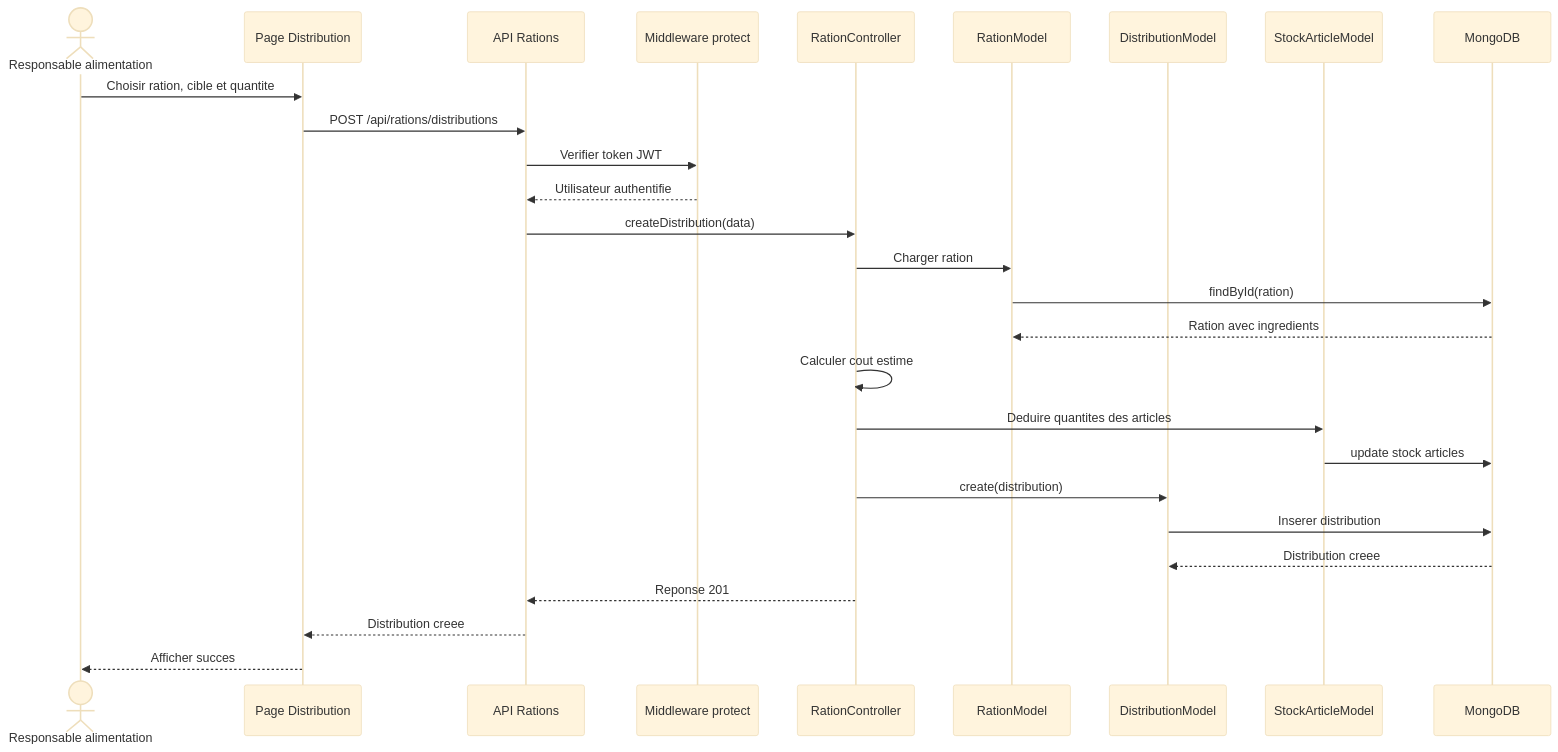
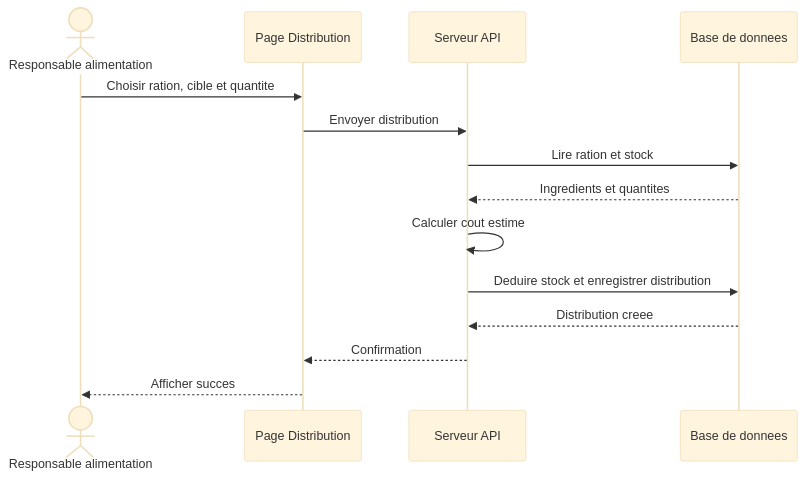
Before and after one commit to Youness-Ailal/bovins_cmc: the diagram in tasks/youness/sequence-distribution-ration.md, drawn with Mermaid (base theme). The commit also changed 14 other files, not shown here.

````diff
--- a/tasks/youness/sequence-distribution-ration.md
+++ b/tasks/youness/sequence-distribution-ration.md
@@ -3,30 +3,17 @@
 ```mermaid
 sequenceDiagram
     actor Responsable as Responsable alimentation
-    participant Frontend as Page Distribution
-    participant API as API Rations
-    participant Middleware as Middleware protect
-    participant Controller as RationController
-    participant Ration as RationModel
-    participant Distribution as DistributionModel
-    participant Stock as StockArticleModel
-    participant DB as MongoDB
+    participant Interface as Page Distribution
+    participant Serveur as Serveur API
+    participant DB as Base de donnees
 
-    Responsable->>Frontend: Choisir ration, cible et quantite
-    Frontend->>API: POST /api/rations/distributions
-    API->>Middleware: Verifier token JWT
-    Middleware-->>API: Utilisateur authentifie
-    API->>Controller: createDistribution(data)
-    Controller->>Ration: Charger ration
-    Ration->>DB: findById(ration)
-    DB-->>Ration: Ration avec ingredients
-    Controller->>Controller: Calculer cout estime
-    Controller->>Stock: Deduire quantites des articles
-    Stock->>DB: update stock articles
-    Controller->>Distribution: create(distribution)
-    Distribution->>DB: Inserer distribution
-    DB-->>Distribution: Distribution creee
-    Controller-->>API: Reponse 201
-    API-->>Frontend: Distribution creee
-    Frontend-->>Responsable: Afficher succes
+    Responsable->>Interface: Choisir ration, cible et quantite
+    Interface->>Serveur: Envoyer distribution
+    Serveur->>DB: Lire ration et stock
+    DB-->>Serveur: Ingredients et quantites
+    Serveur->>Serveur: Calculer cout estime
+    Serveur->>DB: Deduire stock et enregistrer distribution
+    DB-->>Serveur: Distribution creee
+    Serveur-->>Interface: Confirmation
+    Interface-->>Responsable: Afficher succes
 ```
````
